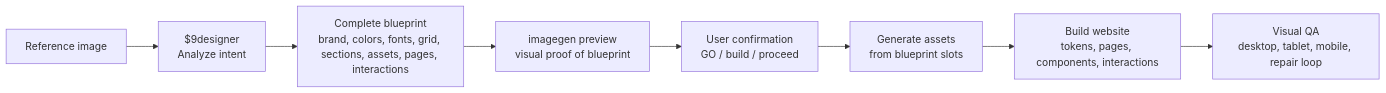
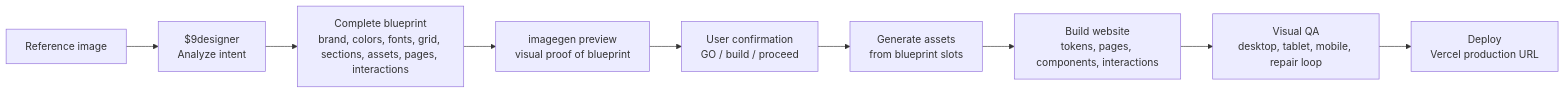
The diagram in README.md (vishnu-madhavan-git/9designer-skills), drawn with Mermaid before and after one commit. The commit also changed other lines of this file and 5 other files, not shown here.

````diff
--- a/README.md
+++ b/README.md
@@ -59,10 +60,11 @@
 ```mermaid
 flowchart LR
   A["Reference image"] --> B["$9designer<br/>Analyze intent"]
   B --> C["Complete blueprint<br/>brand, colors, fonts, grid, sections, assets, pages, interactions"]
   C --> D["imagegen preview<br/>visual proof of blueprint"]
   D --> E["User confirmation<br/>GO / build / proceed"]
   E --> F["Generate assets<br/>from blueprint slots"]
   F --> G["Build website<br/>tokens, pages, components, interactions"]
   G --> H["Visual QA<br/>desktop, tablet, mobile, repair loop"]
+  H --> I["Deploy<br/>Vercel production URL"]
 ```
````
